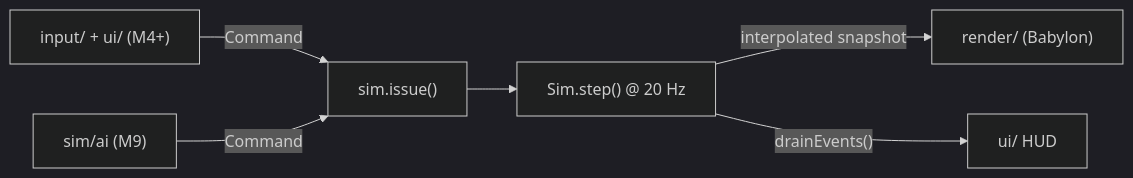
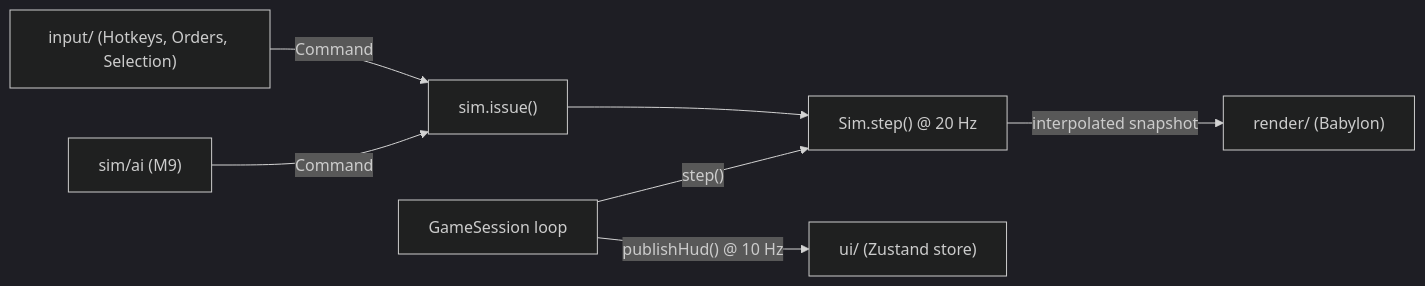
One commit to hndrxc/bordev changed the diagram in README.md. Above: the diagram before and after it, drawn with Mermaid (dark theme). The commit also changed other lines of this file and 40 other files, not shown here.

````diff
--- a/README.md
+++ b/README.md
@@ -103,8 +109,9 @@
 ```mermaid
 flowchart LR
-  Input["input/ + ui/ (M4+)"] -- Command --> Issue["sim.issue()"]
+  Input["input/ (Hotkeys, Orders, Selection)"] -- Command --> Issue["sim.issue()"]
   AI["sim/ai (M9)"] -- Command --> Issue
   Issue --> Step["Sim.step() @ 20 Hz"]
   Step -- "interpolated snapshot" --> Render["render/ (Babylon)"]
-  Step -- "drainEvents()" --> HUD["ui/ HUD"]
+  Session["GameSession loop"] -- "publishHud() @ 10 Hz" --> HUD["ui/ (Zustand store)"]
+  Session -- "step()" --> Step
 ```
````
